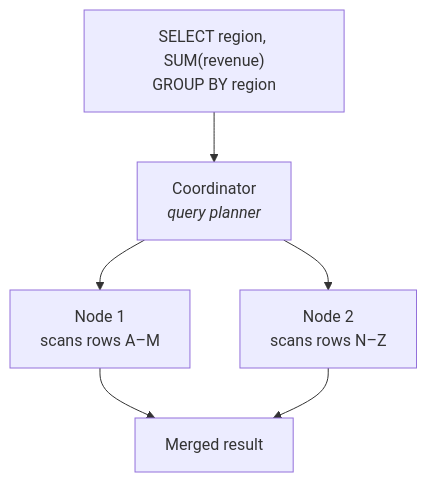
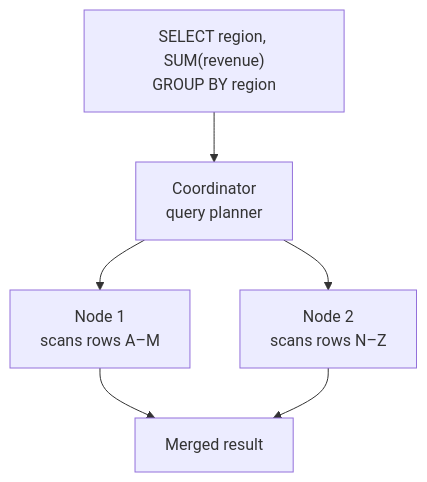
One commit to adnanrahin/adnanrahin.github.io changed diagram 21 of 23 in data-architecture/data-warehouse.md. Above: the diagram before and after it, drawn with Mermaid. The commit also changed other lines of this file and 3 other files, not shown here.

Commit message:
updated the flowchart

````diff
--- a/data-architecture/data-warehouse.md
+++ b/data-architecture/data-warehouse.md
@@ -904,14 +898,14 @@
 ```mermaid
 flowchart TD
     QUERY["SELECT region, SUM(revenue)<br/>GROUP BY region"]
-    COORD["Coordinator<br/><i>query planner</i>"]
+    COORD["Coordinator<br/>query planner"]
     N1["Node 1<br/>scans rows A–M"]
     N2["Node 2<br/>scans rows N–Z"]
     RESULT["Merged result"]
 
     QUERY --> COORD
     COORD --> N1
     COORD --> N2
     N1 --> RESULT
     N2 --> RESULT
 ```
````
